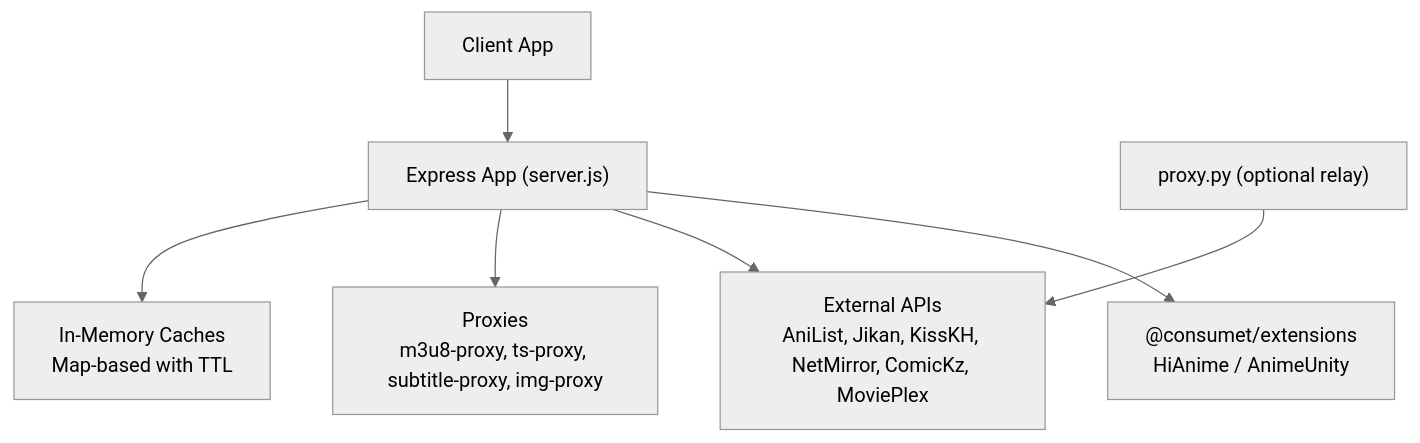
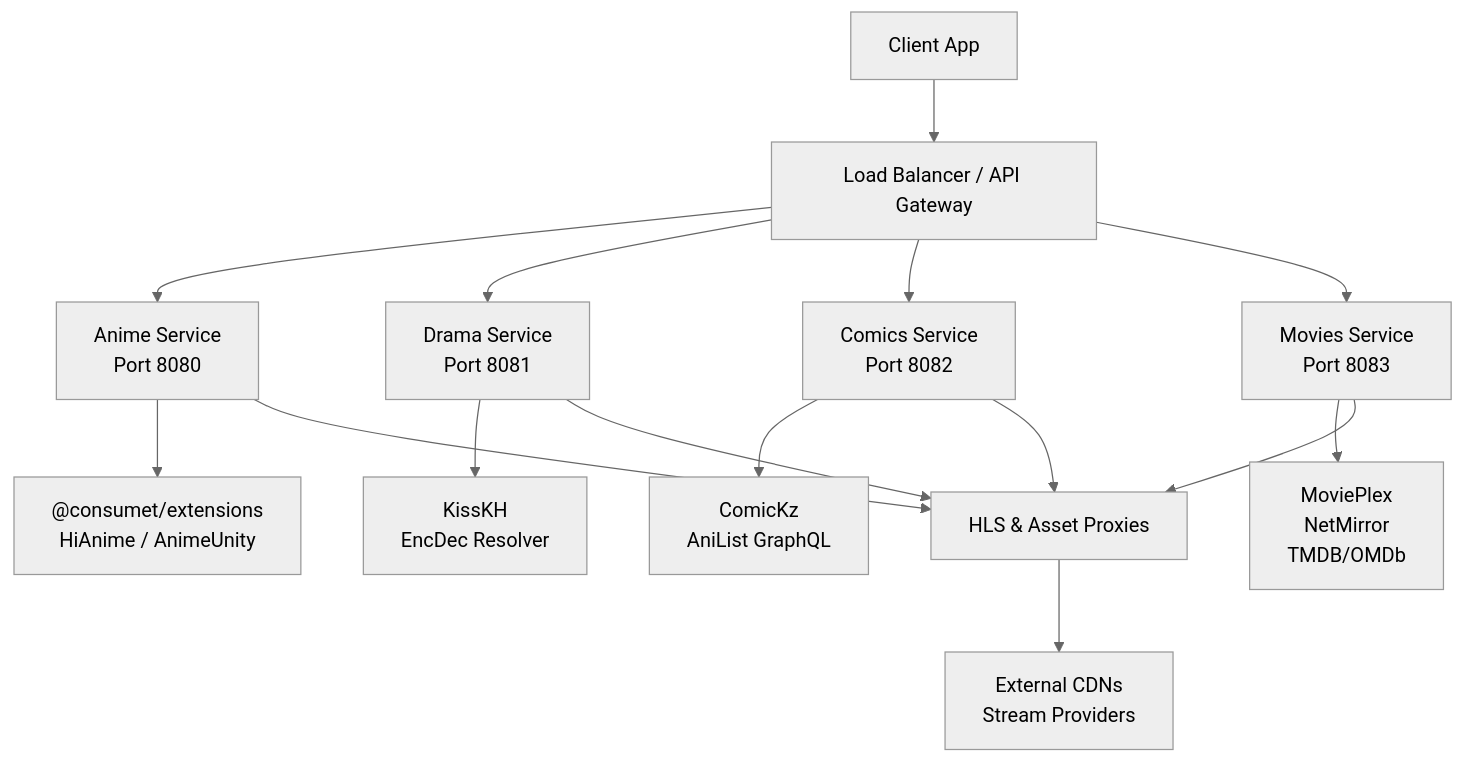
One commit to techniciansupremus-lab/Project-Anime changed the first of 2 diagrams in .qoder/repowiki/en/content/Backend Services/Backend Services.md. Above: the diagram before and after it, drawn with Mermaid (neutral theme). The commit also changed other lines of this file and 101 other files, not shown here.

````diff
--- a/.qoder/repowiki/en/content/Backend Services/Backend Services.md
+++ b/.qoder/repowiki/en/content/Backend Services/Backend Services.md
@@ -32,9 +47,17 @@
 ```mermaid
 graph TB
-Client["Client App"] --> Express["Express App (server.js)"]
-Express --> Providers["@consumet/extensions<br/>HiAnime / AnimeUnity"]
-Express --> External["External APIs<br/>AniList, Jikan, KissKH, NetMirror, ComicKz, MoviePlex"]
-Express --> Proxies["Proxies<br/>m3u8-proxy, ts-proxy, subtitle-proxy, img-proxy"]
-Express --> Cache["In-Memory Caches<br/>Map-based with TTL"]
-ProxyPy["proxy.py (optional relay)"] --> External
+Client["Client App"] --> LoadBalancer["Load Balancer / API Gateway"]
+LoadBalancer --> Anime["Anime Service<br/>Port 8080"]
+LoadBalancer --> Drama["Drama Service<br/>Port 8081"]
+LoadBalancer --> Comics["Comics Service<br/>Port 8082"]
+LoadBalancer --> Movies["Movies Service<br/>Port 8083"]
+Anime --> AnimeProviders["@consumet/extensions<br/>HiAnime / AnimeUnity"]
+Drama --> DramaProviders["KissKH<br/>EncDec Resolver"]
+Comics --> ComicsProviders["ComicKz<br/>AniList GraphQL"]
+Movies --> MovieProviders["MoviePlex<br/>NetMirror<br/>TMDB/OMDb"]
+Anime --> Proxies["HLS & Asset Proxies"]
+Drama --> Proxies
+Comics --> Proxies
+Movies --> Proxies
+Proxies --> ExternalCDN["External CDNs<br/>Stream Providers"]
 ```
````
